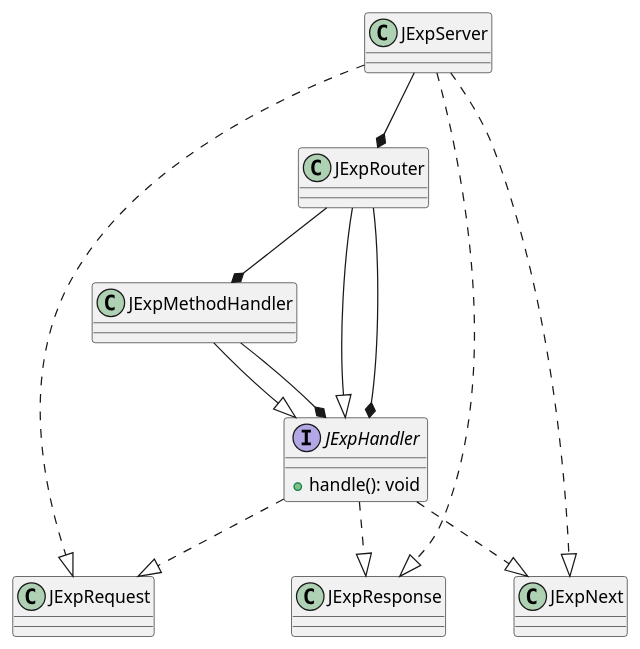
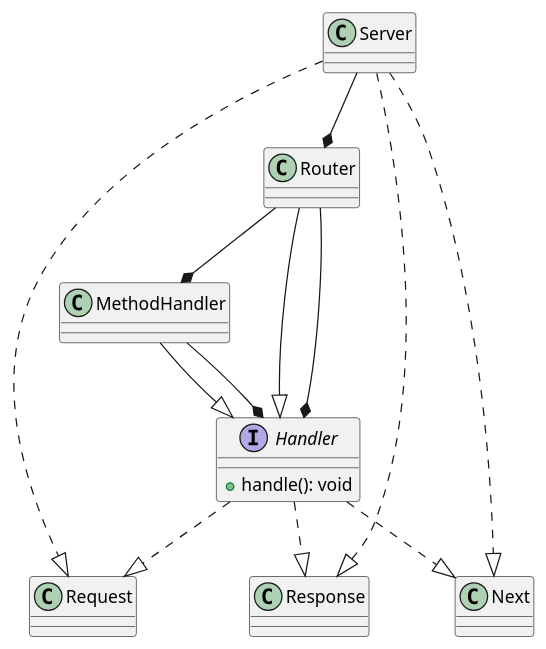
Before and after one commit to Mac14101/po2025: the first of 4 diagrams in docs/jexp.md, drawn with PlantUML. The commit also changed other lines of this file and 8 other files, not shown here.

````diff
--- a/docs/jexp.md
+++ b/docs/jexp.md
@@ -6,36 +6,36 @@
 ```plantuml
 @startuml
-interface JExpHandler{
+interface Handler{
 + handle(): void
 }
-class JExpMethodHandler{
+class MethodHandler{
 }
-class JExpRouter{
+class Router{
 }
-class JExpServer{
+class Server{
 }
 
-class JExpRequest{
+class Request{
 }
-class JExpResponse{
+class Response{
 }
-class JExpNext{
+class Next{
 }
 
-JExpMethodHandler--|>JExpHandler
-JExpMethodHandler--*JExpHandler
-JExpRouter--|>JExpHandler
-JExpRouter--*JExpHandler
-JExpRouter--*JExpMethodHandler
-JExpServer--*JExpRouter
+MethodHandler--|>Handler
+MethodHandler--*Handler
+Router--|>Handler
+Router--*Handler
+Router--*MethodHandler
+Server--*Router
 
-JExpServer..|>JExpRequest
-JExpServer..|>JExpResponse
-JExpServer..|>JExpNext
+Server..|>Request
+Server..|>Response
+Server..|>Next
 
-JExpHandler..|>JExpRequest
-JExpHandler..|>JExpResponse
-JExpHandler..|>JExpNext
+Handler..|>Request
+Handler..|>Response
+Handler..|>Next
 
 @enduml
 ```
````
